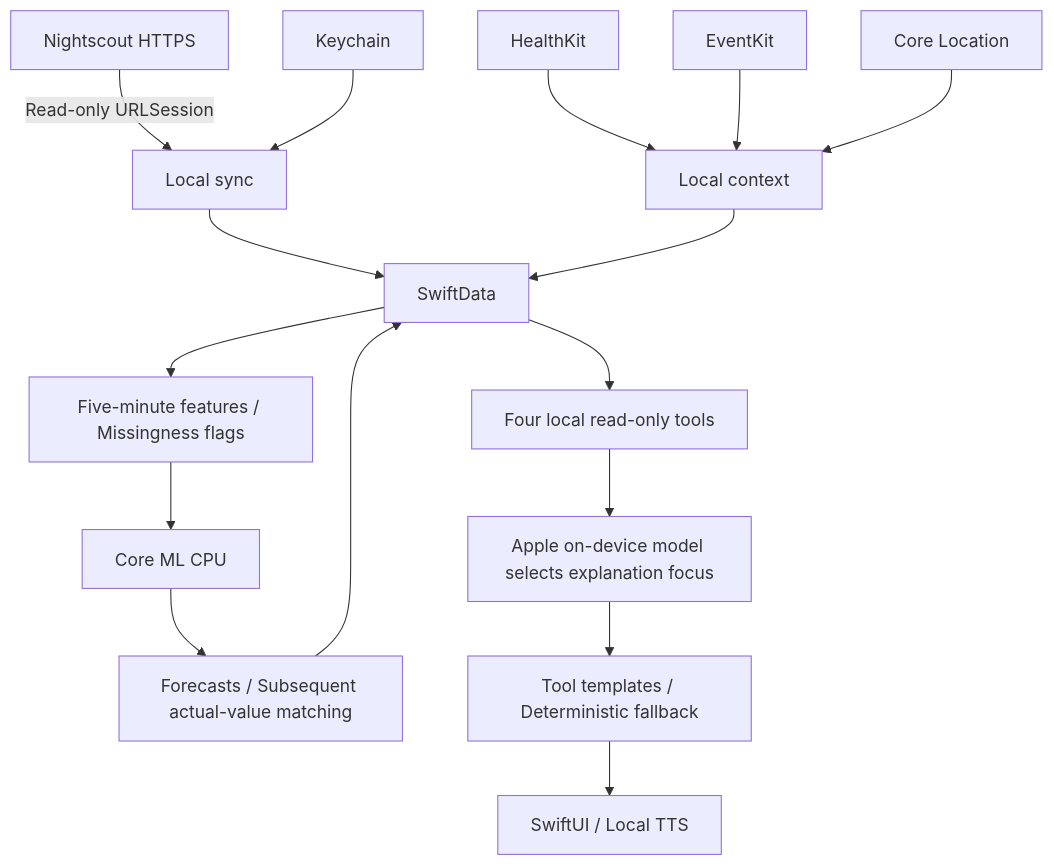
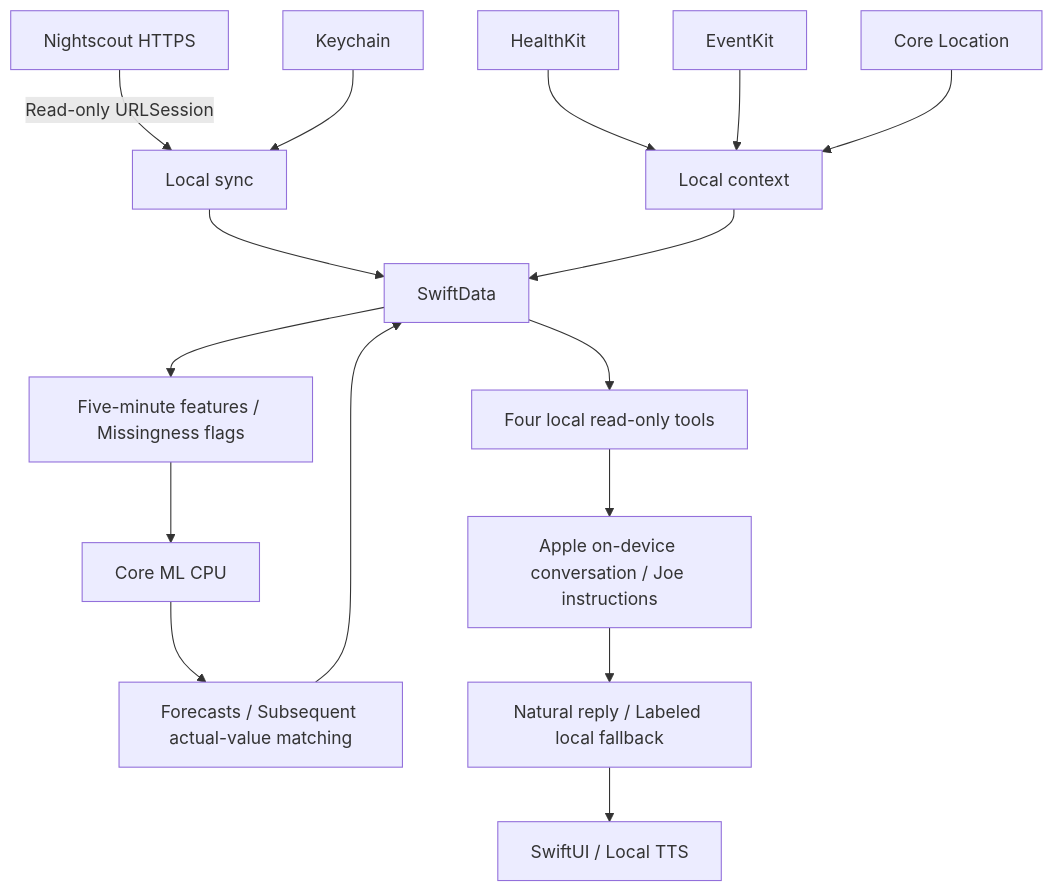
The diagram in docs/IMPLEMENTATION_STATUS.md (AndreaTang0123/T1D-Chatbot-IOS), drawn with Mermaid before and after one commit. The commit also changed other lines of this file and 32 other files, not shown here.

````diff
--- a/docs/IMPLEMENTATION_STATUS.md
+++ b/docs/IMPLEMENTATION_STATUS.md
@@ -51,18 +64,18 @@
 ```mermaid
 flowchart TD
     NS[Nightscout HTTPS] -->|Read-only URLSession| SYNC[Local sync]
     KC[Keychain] --> SYNC
     HK[HealthKit] --> CTX[Local context]
     EK[EventKit] --> CTX
     CL[Core Location] --> CTX
     SYNC --> DB[SwiftData]
     CTX --> DB
     DB --> FEAT[Five-minute features / Missingness flags]
     FEAT --> ML[Core ML CPU]
     ML --> LOG[Forecasts / Subsequent actual-value matching]
     LOG --> DB
     DB --> TOOLS[Four local read-only tools]
-    TOOLS --> FM[Apple on-device model selects explanation focus]
-    FM --> OUT[Tool templates / Deterministic fallback]
+    TOOLS --> FM[Apple on-device conversation / Joe instructions]
+    FM --> OUT[Natural reply / Labeled local fallback]
     OUT --> UI[SwiftUI / Local TTS]
 ```
````
